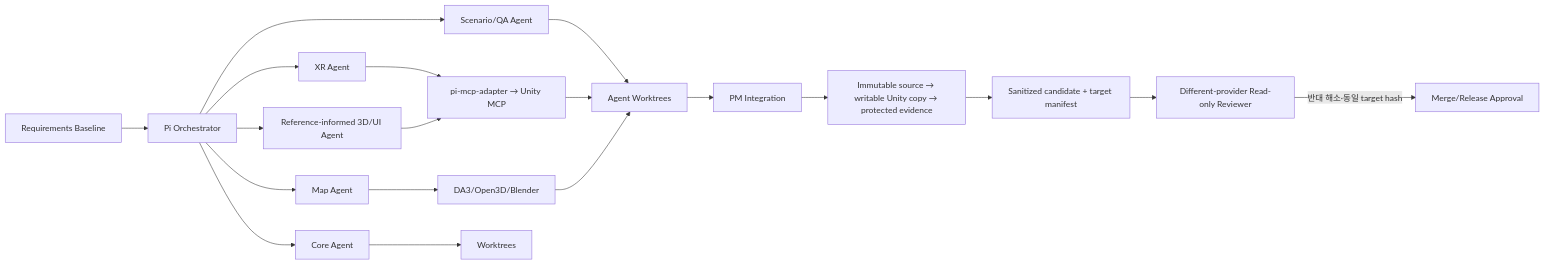
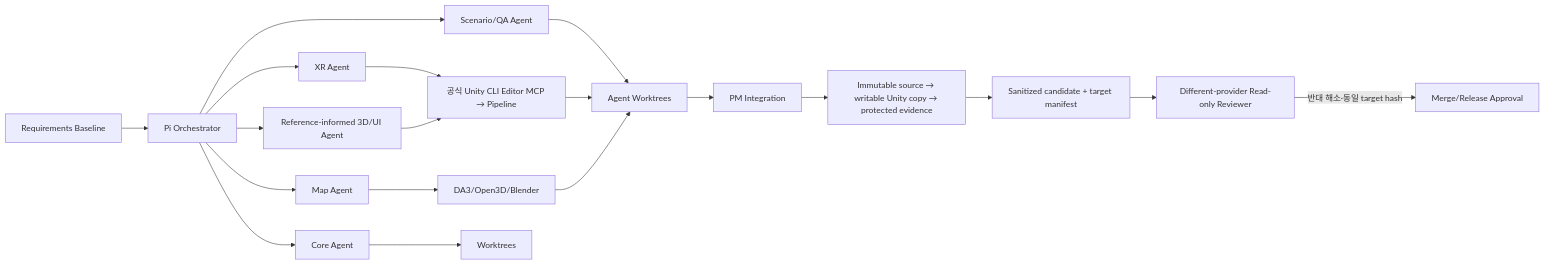
One commit to xrlab-dau/CHOOGuard changed the fourth of 4 diagrams in docs/choo-guard-platform-architecture-v4.md. Above: the diagram before and after it, drawn with Mermaid. The commit also changed 24 other files, not shown here.

Commit message:
docs(unity): adopt official CLI Editor MCP and refresh school handoff

````diff
--- a/docs/choo-guard-platform-architecture-v4.md
+++ b/docs/choo-guard-platform-architecture-v4.md
@@ -275,21 +275,21 @@
 ```mermaid
 flowchart LR
   REQ[Requirements Baseline] --> PI[Pi Orchestrator]
   PI --> COREAG[Core Agent]
   PI --> XRAG[XR Agent]
   PI --> MAPAG[Map Agent]
   PI --> UIAG[Reference-informed 3D/UI Agent]
   PI --> QAAG[Scenario/QA Agent]
-  XRAG --> MCP[pi-mcp-adapter → Unity MCP]
+  XRAG --> MCP[공식 Unity CLI Editor MCP → Pipeline]
   UIAG --> MCP
   MAPAG --> MAPTOOLS[DA3/Open3D/Blender]
   COREAG --> GIT[Worktrees]
   QAAG --> WORK[Agent Worktrees]
   MCP --> WORK
   MAPTOOLS --> WORK
   WORK --> INTEGRATE[PM Integration]
   INTEGRATE --> VERIFY[Immutable source → writable Unity copy → protected evidence]
   VERIFY --> TARGET[Sanitized candidate + target manifest]
   TARGET --> REVIEW[Different-provider Read-only Reviewer]
   REVIEW -->|반대 해소·동일 target hash| APPROVE[Merge/Release Approval]
 ```
````
